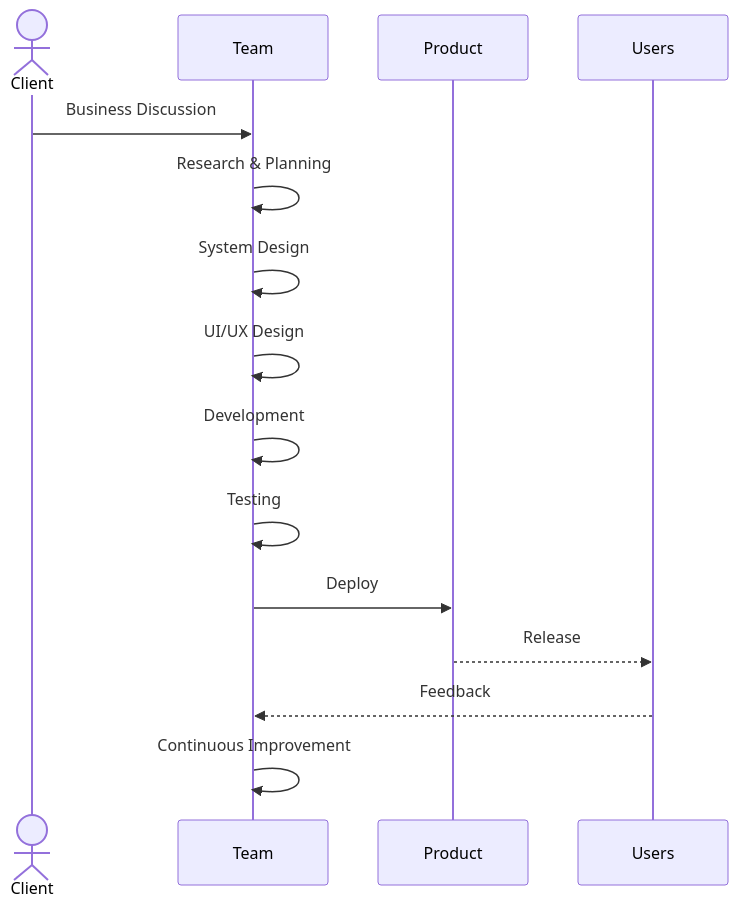
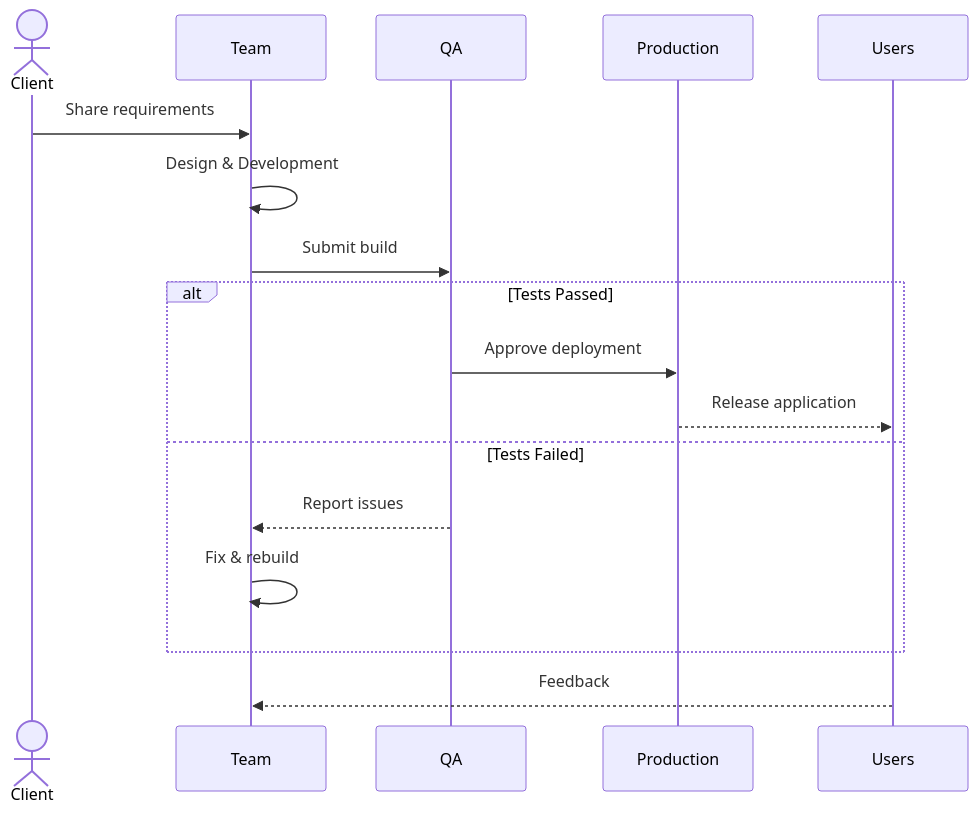
The first of 11 diagrams in public/docs/howIBuild.md (Kapil9711/dev-os), drawn with Mermaid before and after one commit. The commit also changed other lines of this file and 3 other files, not shown here.

````diff
--- a/public/docs/howIBuild.md
+++ b/public/docs/howIBuild.md
@@ -5,18 +5,22 @@
 ```mermaid
 sequenceDiagram
     actor Client
     participant Team
-    participant Product
+    participant QA
+    participant Production
     participant Users
 
-    Client->>Team: Business Discussion
-    Team->>Team: Research & Planning
-    Team->>Team: System Design
-    Team->>Team: UI/UX Design
-    Team->>Team: Development
-    Team->>Team: Testing
-    Team->>Product: Deploy
-    Product-->>Users: Release
+    Client->>Team: Share requirements
+    Team->>Team: Design & Development
+    Team->>QA: Submit build
+
+    alt Tests Passed
+        QA->>Production: Approve deployment
+        Production-->>Users: Release application
+    else Tests Failed
+        QA-->>Team: Report issues
+        Team->>Team: Fix & rebuild
+    end
+
     Users-->>Team: Feedback
-    Team->>Team: Continuous Improvement
 ```
````
